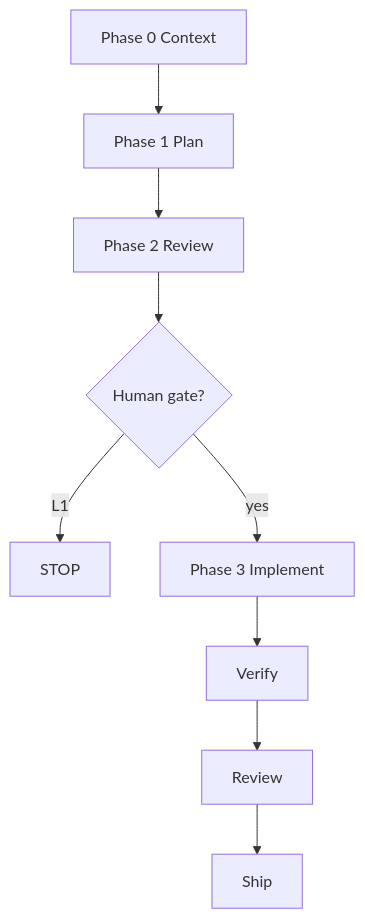
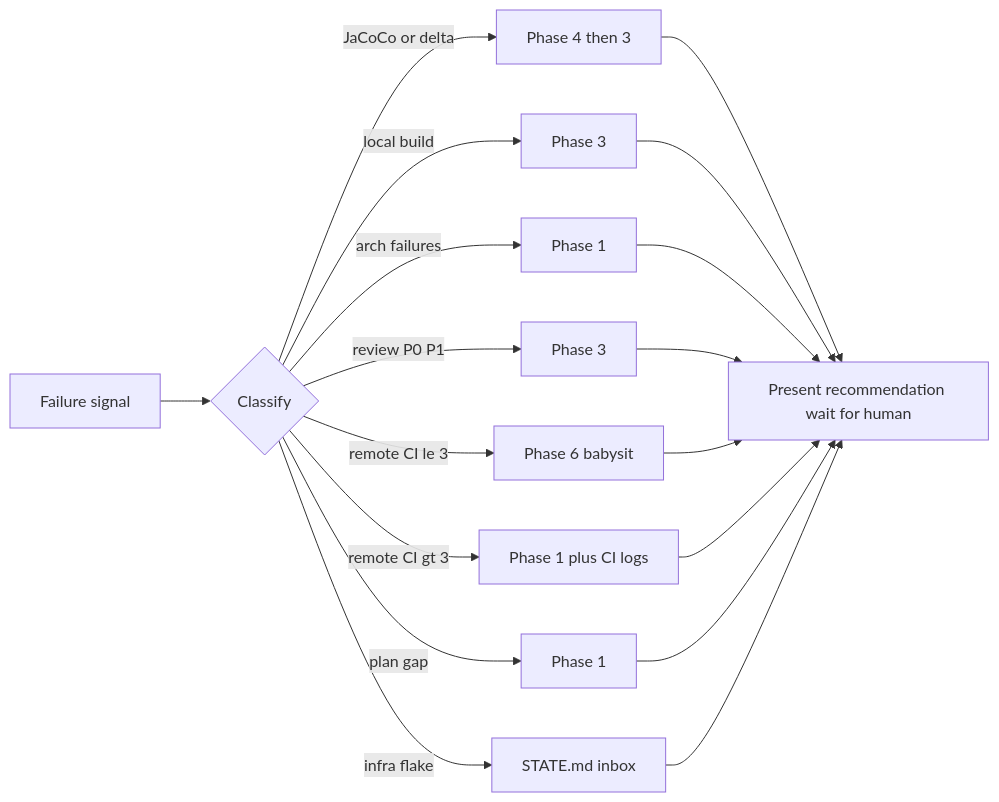
The seventh of 7 diagrams in README.md (pallerana/agentic-loop-engineering-kit), drawn with Mermaid before and after one commit. The commit also changed other lines of this file and 8 other files, not shown here.

````diff
--- a/README.md
+++ b/README.md
@@ -214,7 +444,20 @@
 ```mermaid
-flowchart TD
-  P0["Phase 0 Context"] --> P1["Phase 1 Plan"] --> P2["Phase 2 Review"]
-  P2 --> GATE{"Human gate?"}
-  GATE -->|L1| STOP["STOP"]
-  GATE -->|yes| P3["Phase 3 Implement"] --> P4["Verify"] --> P5["Review"] --> P6["Ship"]
+flowchart LR
+  FAIL["Failure signal"] --> CLASSIFY{"Classify"}
+  CLASSIFY -->|JaCoCo or delta| T4["Phase 4 then 3"]
+  CLASSIFY -->|local build| T3["Phase 3"]
+  CLASSIFY -->|arch failures| T1["Phase 1"]
+  CLASSIFY -->|review P0 P1| T3b["Phase 3"]
+  CLASSIFY -->|remote CI le 3| T6["Phase 6 babysit"]
+  CLASSIFY -->|remote CI gt 3| T1b["Phase 1 plus CI logs"]
+  CLASSIFY -->|plan gap| T1c["Phase 1"]
+  CLASSIFY -->|infra flake| INBOX["STATE.md inbox"]
+  T4 --> WAIT["Present recommendation wait for human"]
+  T3 --> WAIT
+  T1 --> WAIT
+  T3b --> WAIT
+  T6 --> WAIT
+  T1b --> WAIT
+  T1c --> WAIT
+  INBOX --> WAIT
 ```
````
